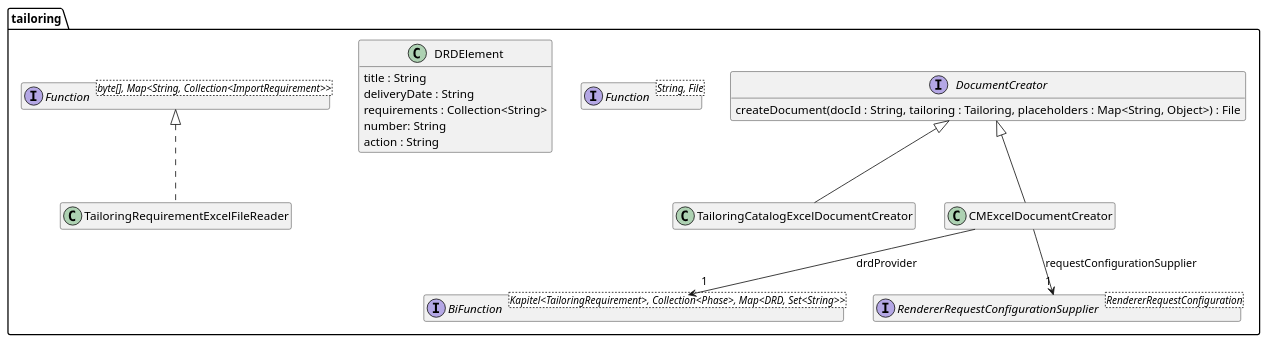
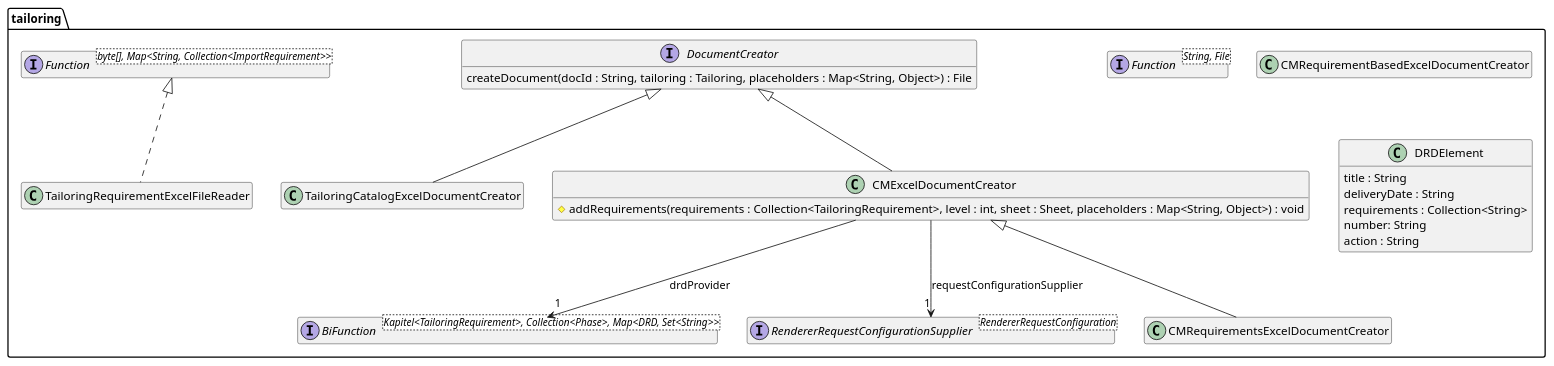
The diagram in src/site/arc42/plantuml/poi/tailoring/Ebene3.plantuml (tailoringexpert/platform), drawn with PlantUML before and after one commit. The commit also changed 38 other files, not shown here.

First line of the commit message:
Requirement based compliance matrix (#154)

```diff
--- a/src/site/arc42/plantuml/poi/tailoring/Ebene3.plantuml
+++ b/src/site/arc42/plantuml/poi/tailoring/Ebene3.plantuml
@@ -1,44 +1,52 @@
 @startuml Ebene3.png
 hide empty members
 
 package tailoring {
 
     interface DocumentCreator {
         createDocument(docId : String, tailoring : Tailoring, placeholders : Map<String, Object>) : File
     }
 
     interface "BiFunction<Kapitel<TailoringRequirement>, Collection<Phase>, Map<DRD, Set<String>>>" as drdSupplier {
     }
 
     interface "Function<String, File>" as templateSupplier {
     }
 
     interface "RendererRequestConfigurationSupplier<RendererRequestConfiguration>" as RendererRequestConfigurationSupplier {
     }
 
     class TailoringCatalogExcelDocumentCreator {
     }
     DocumentCreator <|-- TailoringCatalogExcelDocumentCreator
 
     class CMExcelDocumentCreator {
+        #addRequirements(requirements : Collection<TailoringRequirement>, level : int, sheet : Sheet, placeholders : Map<String, Object>) : void
     }
     DocumentCreator <|-- CMExcelDocumentCreator
     CMExcelDocumentCreator --> "1" RendererRequestConfigurationSupplier : requestConfigurationSupplier
     CMExcelDocumentCreator --> "1" drdSupplier : drdProvider
+
+    class CMRequirementBasedExcelDocumentCreator {
+    }
+    CMExcelDocumentCreator <|-- CMRequirementsExcelDocumentCreator
 
     class DRDElement {
         title : String
         deliveryDate : String
         requirements : Collection<String>
         number: String
         action : String
+    }
+
+    class CMRequirementsExcelDocumentCreator {
     }
 
     interface "Function<byte[], Map<String, Collection<ImportRequirement>>>" as requirementFunction {
     }
 
     class TailoringRequirementExcelFileReader {
     }
     requirementFunction <|.. TailoringRequirementExcelFileReader
 }
 @enduml
```
